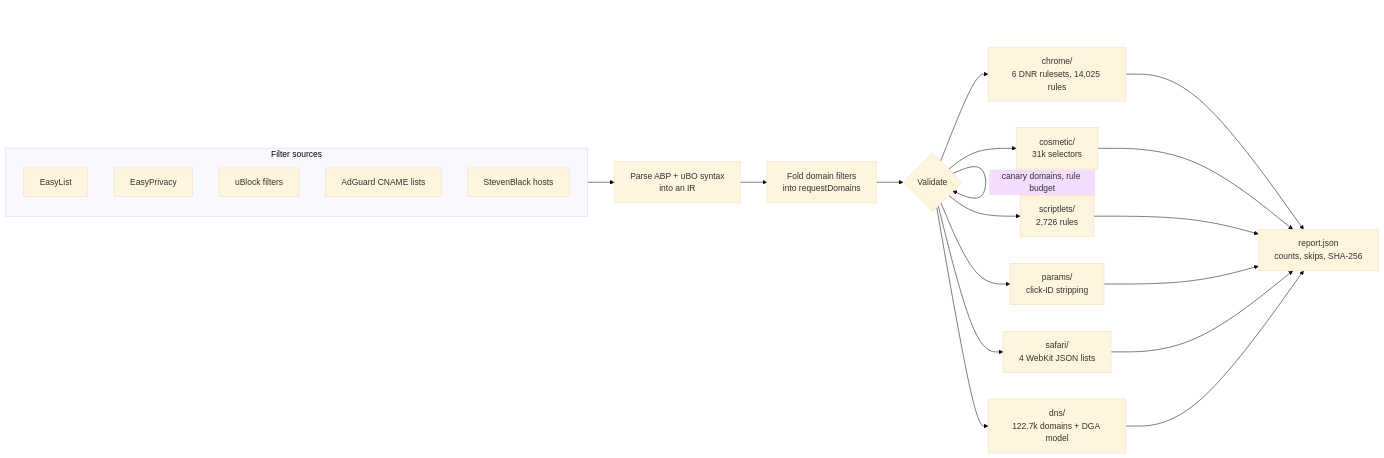
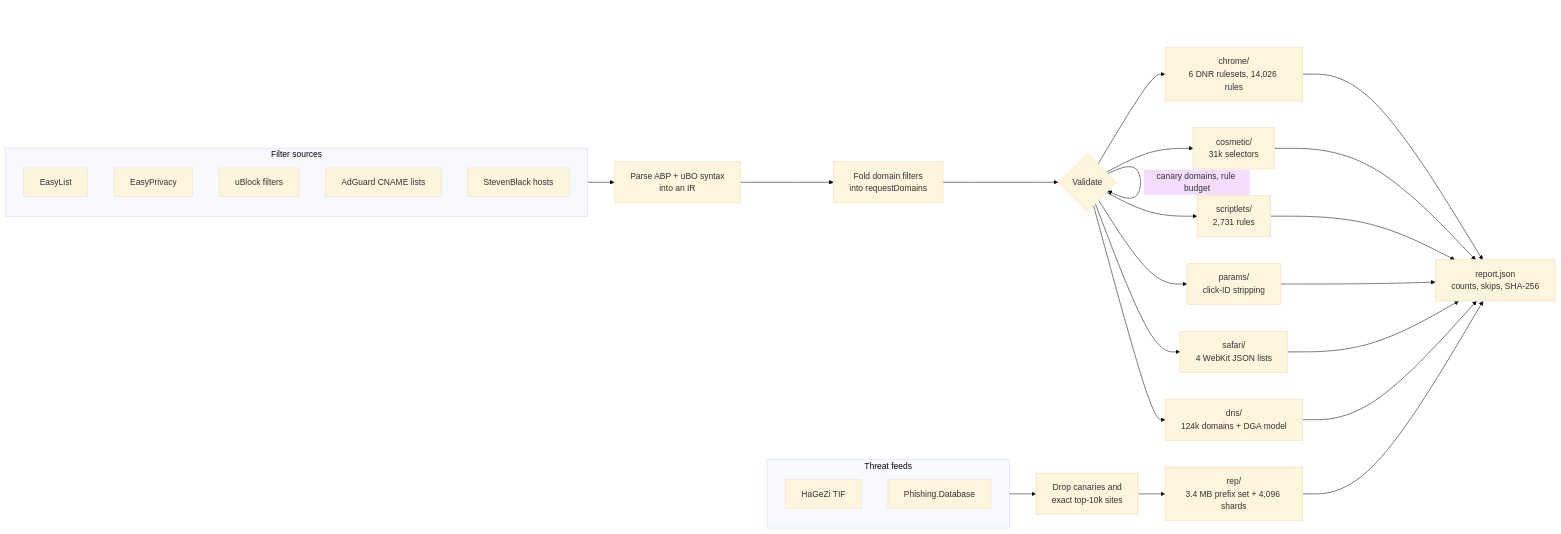
Before and after one commit to Keshav-gehlot/nullroute: the first of 8 diagrams in README.md, drawn with Mermaid (base theme). The commit also changed other lines of this file and 8 other files, not shown here.

First line of the commit message:
Docs: architecture diagram, README and screenshots for reputation, SNI inspection and cross-site detection

````diff
--- a/README.md
+++ b/README.md
@@ -61,23 +71,29 @@
 ```mermaid
 flowchart LR
   subgraph S["Filter sources"]
     EL["EasyList"]
     EP["EasyPrivacy"]
     UB["uBlock filters"]
     CN["AdGuard CNAME lists"]
     SB["StevenBlack hosts"]
   end
+  subgraph TF["Threat feeds"]
+    HZ["HaGeZi TIF"]
+    PD["Phishing.Database"]
+  end
   S --> P["Parse ABP + uBO syntax<br/>into an IR"]
   P --> F["Fold domain filters<br/>into requestDomains"]
   F --> V{"Validate"}
   V -->|"CSS selectors in Chromium"| V
   V -->|"WebKit regex dialect"| V
   V -->|"canary domains, rule budget"| V
-  V --> T1["chrome/<br/>6 DNR rulesets, 14,025 rules"]
+  V --> T1["chrome/<br/>6 DNR rulesets, 14,026 rules"]
   V --> T2["cosmetic/<br/>31k selectors"]
-  V --> T3["scriptlets/<br/>2,726 rules"]
+  V --> T3["scriptlets/<br/>2,731 rules"]
   V --> T4["params/<br/>click-ID stripping"]
   V --> T5["safari/<br/>4 WebKit JSON lists"]
-  V --> T6["dns/<br/>122.7k domains + DGA model"]
-  T1 & T2 & T3 & T4 & T5 & T6 --> R["report.json<br/>counts, skips, SHA-256"]
+  V --> T6["dns/<br/>124k domains + DGA model"]
+  TF --> G["Drop canaries and<br/>exact top-10k sites"]
+  G --> T7["rep/<br/>3.4 MB prefix set + 4,096 shards"]
+  T1 & T2 & T3 & T4 & T5 & T6 & T7 --> R["report.json<br/>counts, skips, SHA-256"]
 ```
````
